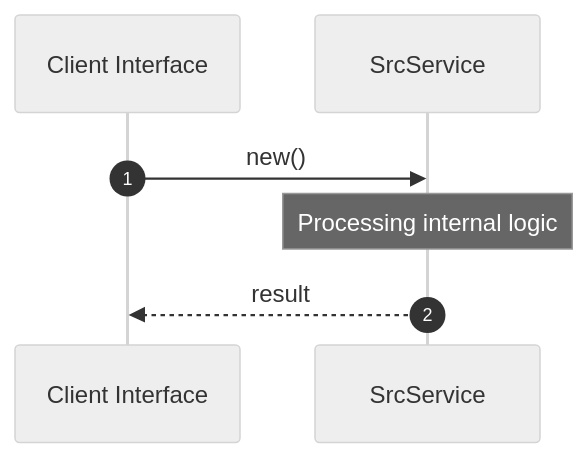
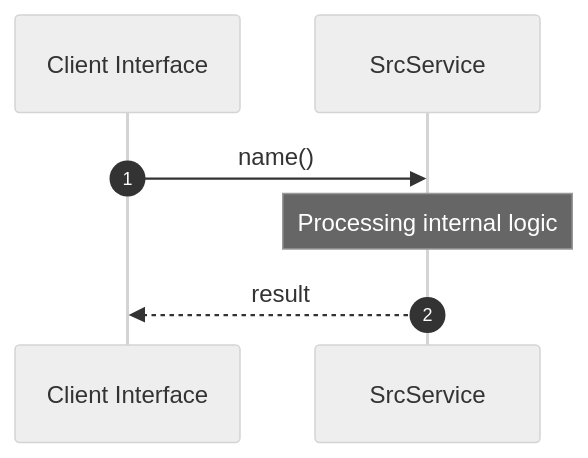
One commit to lgcorzo/rust_CACD_autonomous_factory changed the second of 2 diagrams in openwiki/crates/factory-application/src/index.md. Above: the diagram before and after it, drawn with Mermaid (neutral theme). The commit also changed other lines of this file and 37 other files, not shown here.

Commit message:
docs: generate ISO compliant OpenWiki architecture documentation

````diff
--- a/openwiki/crates/factory-application/src/index.md
+++ b/openwiki/crates/factory-application/src/index.md
@@ -43,10 +43,10 @@
 ```mermaid
 sequenceDiagram
     autonumber
     participant Caller as Client Interface
     participant Svc as SrcService
-    Caller->>Svc: new()
+    Caller->>Svc: name()
     Note over Svc: Processing internal logic
     Svc-->>Caller: result
 
 ```
````
